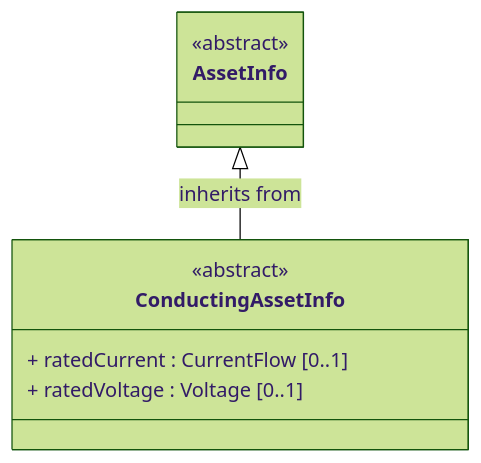
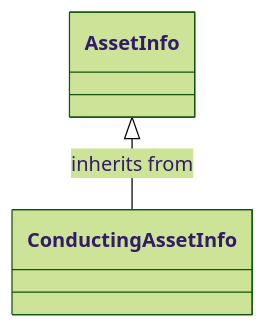
Before and after one commit to PNNL-CIM-Tools/CIM-Graph: the ninth of 14 diagrams in cimgraph/data_profile/cim18gmdm/asset/Asset.rdfs-t2b.md, drawn with Mermaid (forest theme). The commit also changed other lines of this file and 4 other files, not shown here.

````diff
--- a/cimgraph/data_profile/cim18gmdm/asset/Asset.rdfs-t2b.md
+++ b/cimgraph/data_profile/cim18gmdm/asset/Asset.rdfs-t2b.md
@@ -455,16 +414,6 @@
 ```mermaid
 classDiagram
-direction TB
-
-class ConductingAssetInfo {
-<<abstract>>
-+ ratedCurrent : CurrentFlow [0..1]
-+ ratedVoltage : Voltage [0..1]
+class ConductingAssetInfo{
 }
-
-class AssetInfo {
-<<abstract>>
-}
-
 AssetInfo <|-- ConductingAssetInfo : inherits from
 ```
````
